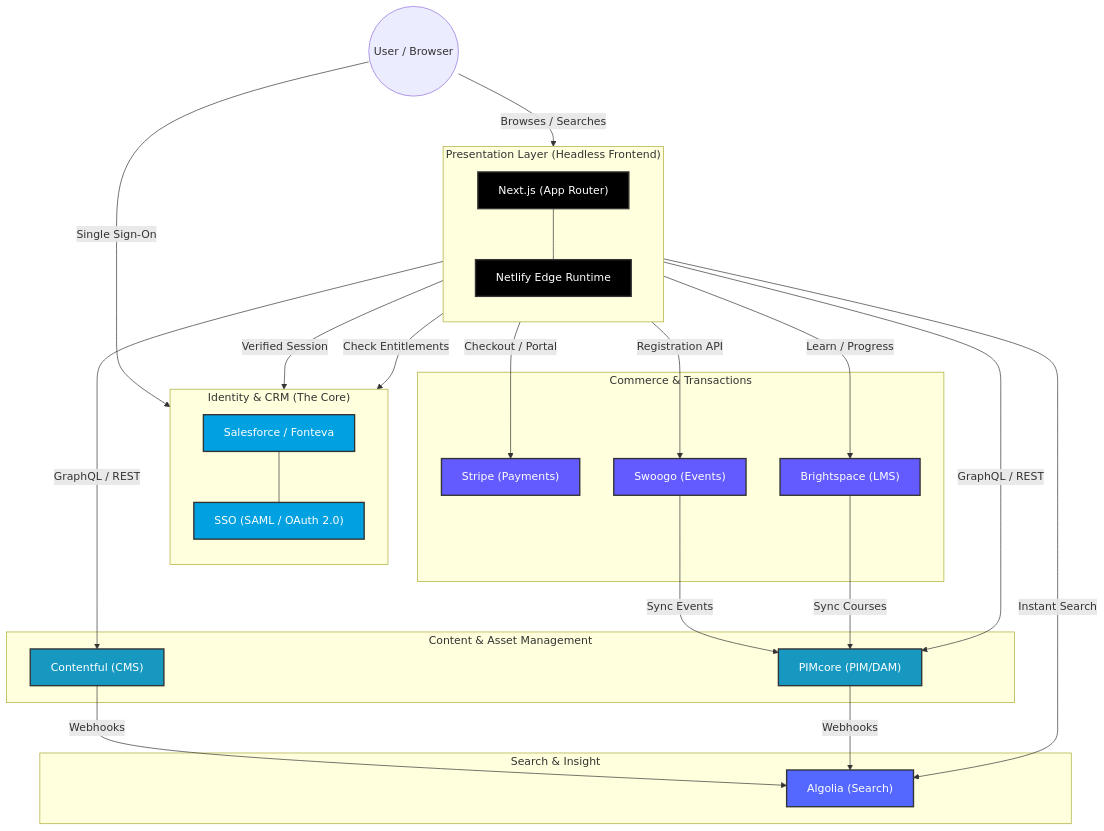
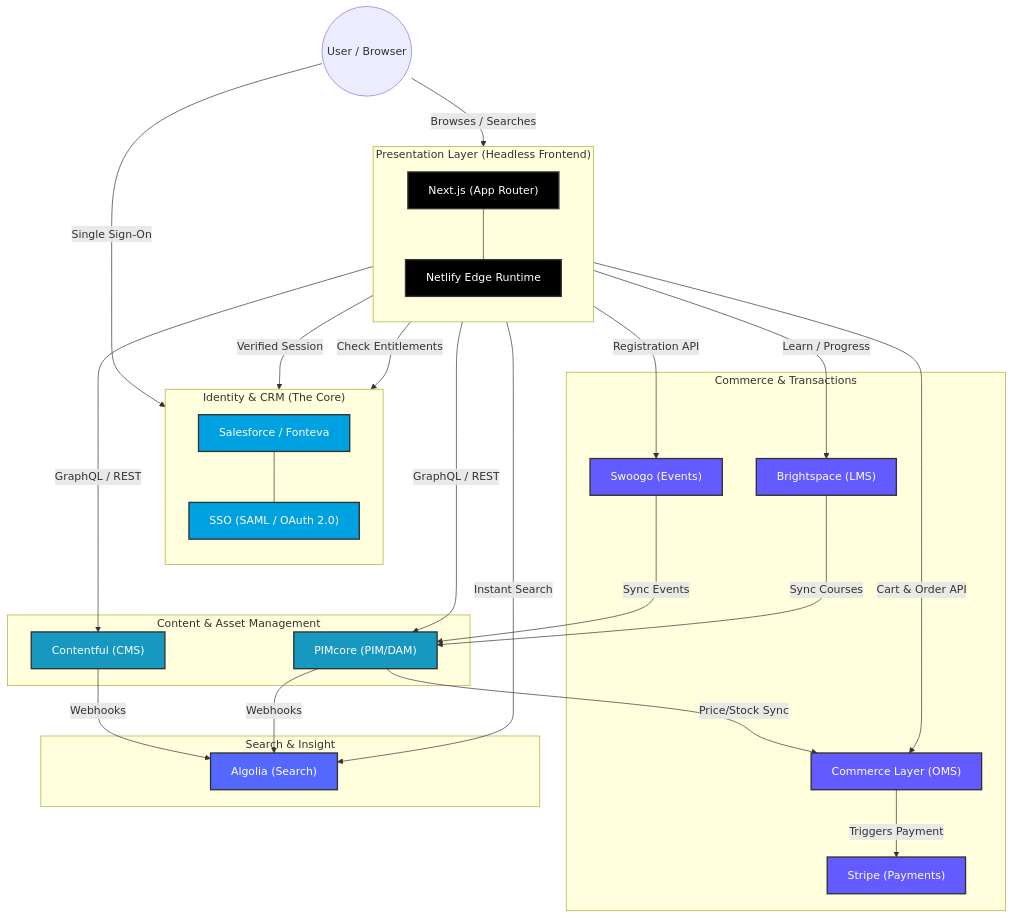
The first of 2 diagrams in BSAVA_MACH_ARCHITECTURE_DIAGRAM.md (timbowdeniona/bsava-com), drawn with Mermaid before and after one commit. The commit also changed other lines of this file, not shown here.

Commit message:
docs: include Commerce Layer for OMS and fulfilment in architecture diagrams

````diff
--- a/BSAVA_MACH_ARCHITECTURE_DIAGRAM.md
+++ b/BSAVA_MACH_ARCHITECTURE_DIAGRAM.md
@@ -10,66 +10,69 @@
 ```mermaid
 flowchart TB
     %% Nodes
     User((User / Browser))
     
     subgraph Presentation ["Presentation Layer (Headless Frontend)"]
         direction TB
         NextJS["Next.js (App Router)"]
         Edge["Netlify Edge Runtime"]
         NextJS --- Edge
     end
 
     subgraph Identity ["Identity & CRM (The Core)"]
         direction TB
         Salesforce["Salesforce / Fonteva"]
         SSO["SSO (SAML / OAuth 2.0)"]
         Salesforce --- SSO
     end
 
     subgraph Content ["Content & Asset Management"]
         Contentful["Contentful (CMS)"]
         PIMcore["PIMcore (PIM/DAM)"]
     end
 
     subgraph Commerce ["Commerce & Transactions"]
+        CommerceLayer["Commerce Layer (OMS)"]
         Stripe["Stripe (Payments)"]
         Swoogo["Swoogo (Events)"]
         Brightspace["Brightspace (LMS)"]
     end
 
     subgraph Discovery ["Search & Insight"]
         Algolia["Algolia (Search)"]
     end
 
     %% Interactions
     User -- "Browses / Searches" --> NextJS
     User -- "Single Sign-On" --> SSO
     
+    NextJS -- "Cart & Order API" --> CommerceLayer
     NextJS -- "GraphQL / REST" --> Contentful
     NextJS -- "GraphQL / REST" --> PIMcore
     NextJS -- "Verified Session" --> SSO
     NextJS -- "Check Entitlements" --> Salesforce
     NextJS -- "Instant Search" --> Algolia
     NextJS -- "Registration API" --> Swoogo
-    NextJS -- "Checkout / Portal" --> Stripe
+    CommerceLayer -- "Triggers Payment" --> Stripe
     NextJS -- "Learn / Progress" --> Brightspace
 
     %% Sync Flows
     Contentful -- "Webhooks" --> Algolia
     PIMcore -- "Webhooks" --> Algolia
+    PIMcore -- "Price/Stock Sync" --> CommerceLayer
     Swoogo -- "Sync Events" --> PIMcore
     Brightspace -- "Sync Courses" --> PIMcore
 
     %% Styling
     classDef presentation fill:#000,stroke:#333,stroke-width:2px,color:#fff
     classDef identity fill:#00A1E0,stroke:#333,stroke-width:2px,color:#fff
     classDef content fill:#1798c1,stroke:#333,stroke-width:2px,color:#fff
     classDef commerce fill:#635BFF,stroke:#333,stroke-width:2px,color:#fff
     classDef search fill:#5468FF,stroke:#333,stroke-width:2px,color:#fff
     
     class NextJS,Edge presentation
     class Salesforce,SSO identity
     class Contentful,PIMcore content
-    class Stripe,Swoogo,Brightspace commerce
+    class CommerceLayer,Stripe,Swoogo,Brightspace commerce
     class Algolia search
 ```
````
